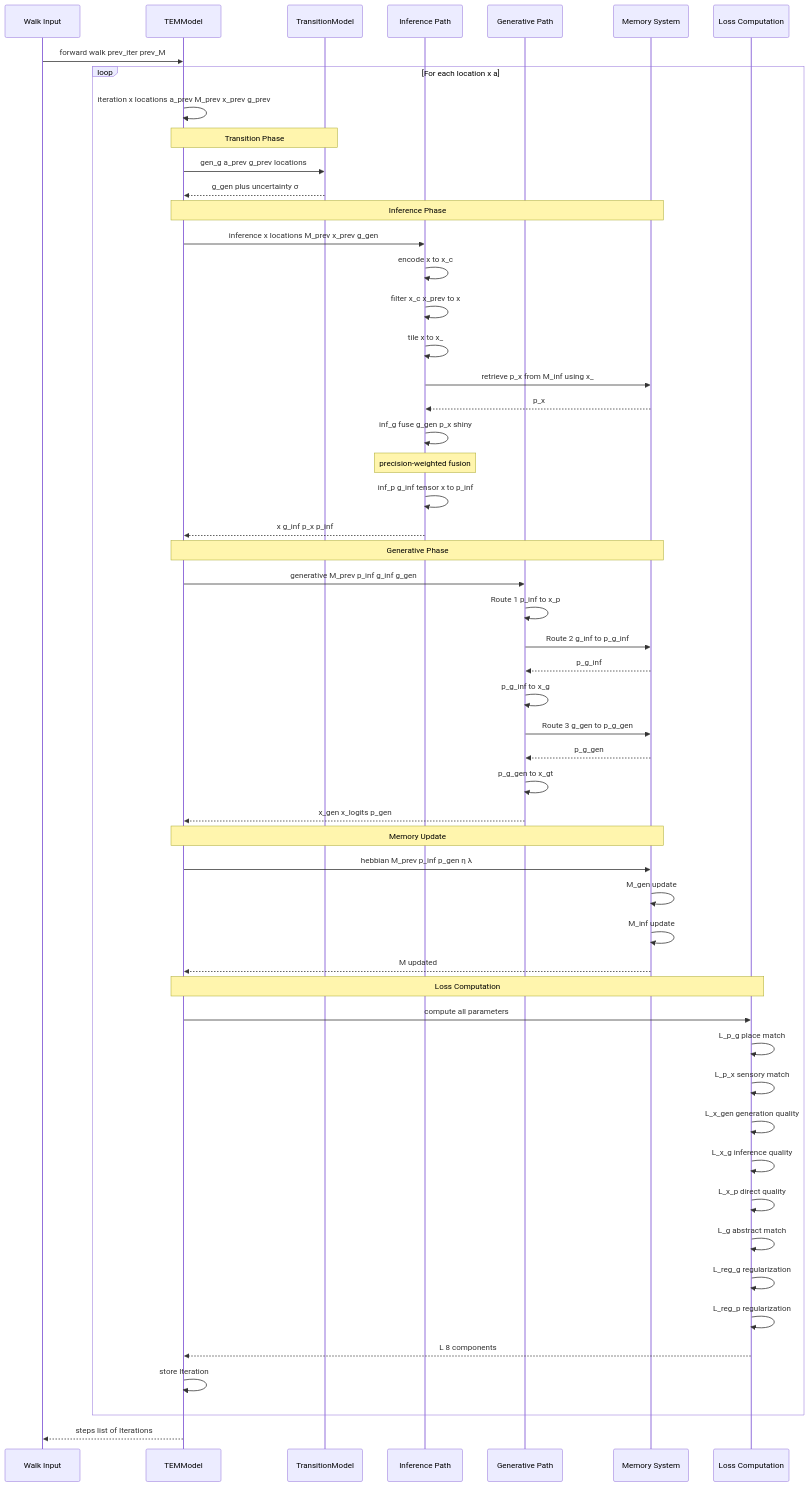
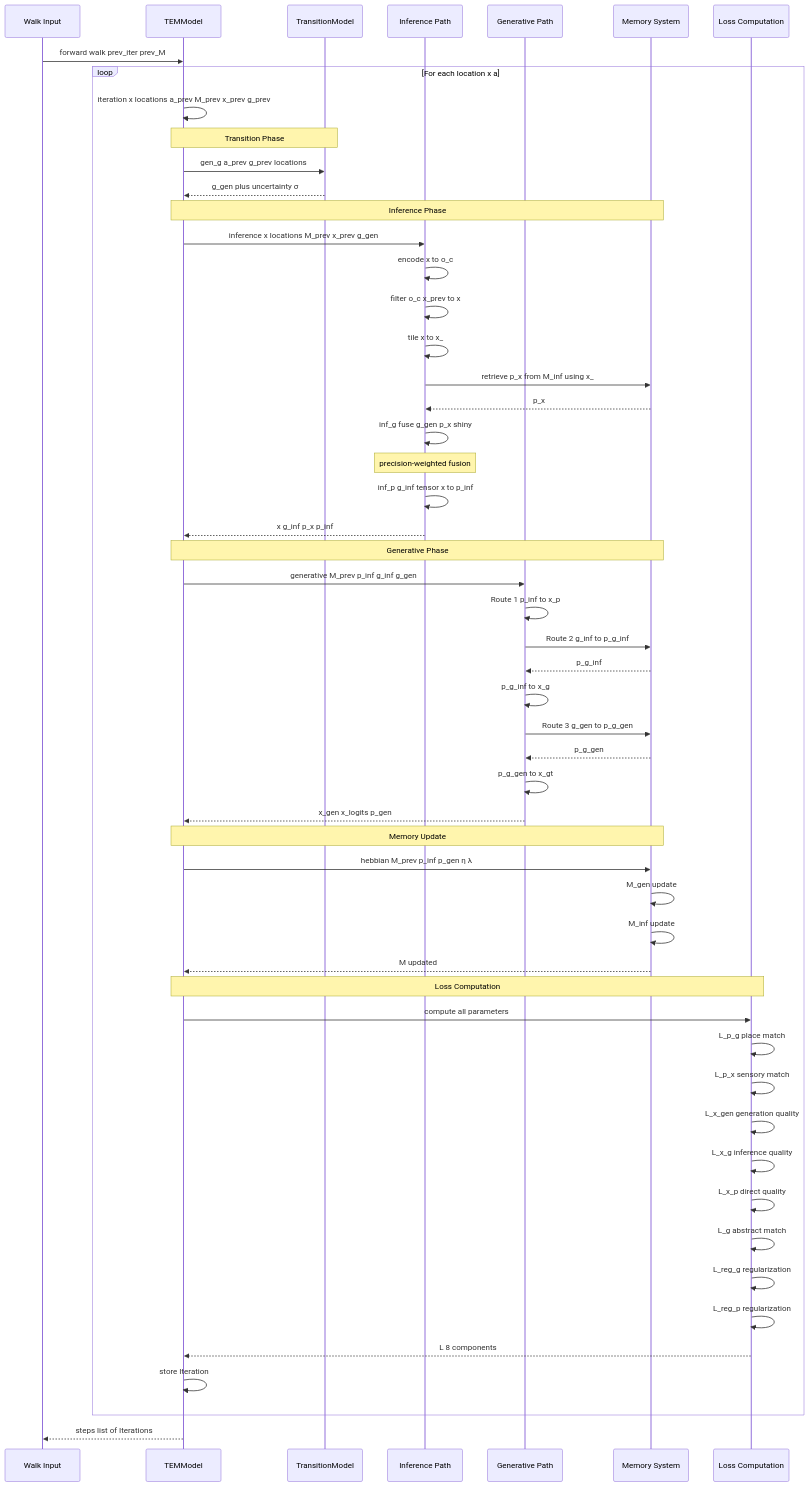
Before and after one commit to BorjaEst/tem: the diagram in docs/iteration_flow.mmd, drawn with Mermaid. The commit also changed 18 other files, not shown here.

```diff
--- a/docs/iteration_flow.mmd
+++ b/docs/iteration_flow.mmd
@@ -1,64 +1,64 @@
 %% TEM Single Iteration Data Flow
 sequenceDiagram
     participant Walk as Walk Input
     participant TEMModel as TEMModel
     participant Trans as TransitionModel
     participant Inf as Inference Path
     participant Gen as Generative Path
     participant Mem as Memory System
     participant Loss as Loss Computation
     
     Walk->>TEMModel: forward walk prev_iter prev_M
     
     loop For each location x a
         TEMModel->>TEMModel: iteration x locations a_prev M_prev x_prev g_prev
         
         Note over TEMModel,Trans: Transition Phase
         TEMModel->>Trans: gen_g a_prev g_prev locations
         Trans-->>TEMModel: g_gen plus uncertainty σ
         
         Note over TEMModel,Mem: Inference Phase
         TEMModel->>Inf: inference x locations M_prev x_prev g_gen
-        Inf->>Inf: encode x to x_c
-        Inf->>Inf: filter x_c x_prev to x
+        Inf->>Inf: encode x to o_c
+        Inf->>Inf: filter o_c x_prev to x
         Inf->>Inf: tile x to x_
         Inf->>Mem: retrieve p_x from M_inf using x_
         Mem-->>Inf: p_x
         Inf->>Inf: inf_g fuse g_gen p_x shiny
         Note over Inf: precision-weighted fusion
         Inf->>Inf: inf_p g_inf tensor x to p_inf
         Inf-->>TEMModel: x g_inf p_x p_inf
         
         Note over TEMModel,Mem: Generative Phase
         TEMModel->>Gen: generative M_prev p_inf g_inf g_gen
         Gen->>Gen: Route 1 p_inf to x_p
         Gen->>Mem: Route 2 g_inf to p_g_inf
         Mem-->>Gen: p_g_inf
         Gen->>Gen: p_g_inf to x_g
         Gen->>Mem: Route 3 g_gen to p_g_gen
         Mem-->>Gen: p_g_gen
         Gen->>Gen: p_g_gen to x_gt
         Gen-->>TEMModel: x_gen x_logits p_gen
         
         Note over TEMModel,Mem: Memory Update
         TEMModel->>Mem: hebbian M_prev p_inf p_gen η λ
         Mem->>Mem: M_gen update
         Mem->>Mem: M_inf update
         Mem-->>TEMModel: M updated
         
         Note over TEMModel,Loss: Loss Computation
         TEMModel->>Loss: compute all parameters
         Loss->>Loss: L_p_g place match
         Loss->>Loss: L_p_x sensory match
         Loss->>Loss: L_x_gen generation quality
         Loss->>Loss: L_x_g inference quality
         Loss->>Loss: L_x_p direct quality
         Loss->>Loss: L_g abstract match
         Loss->>Loss: L_reg_g regularization
         Loss->>Loss: L_reg_p regularization
         Loss-->>TEMModel: L 8 components
         
         TEMModel->>TEMModel: store Iteration
     end
     
     TEMModel-->>Walk: steps list of Iterations
```
